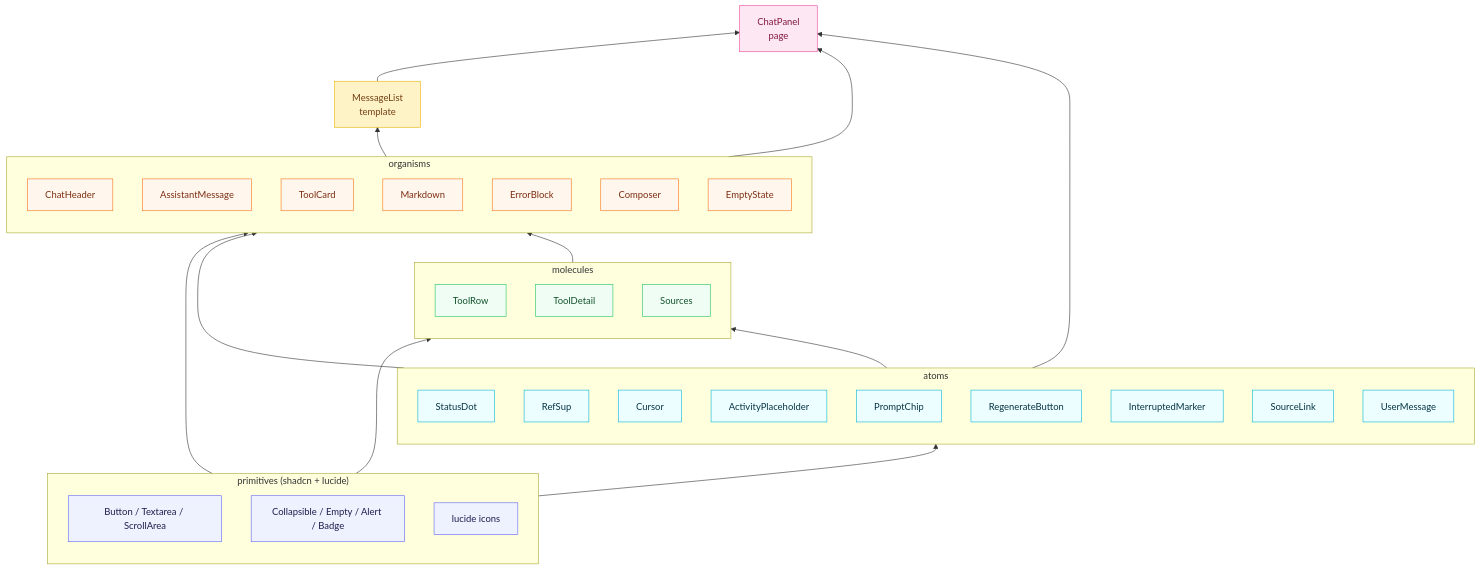
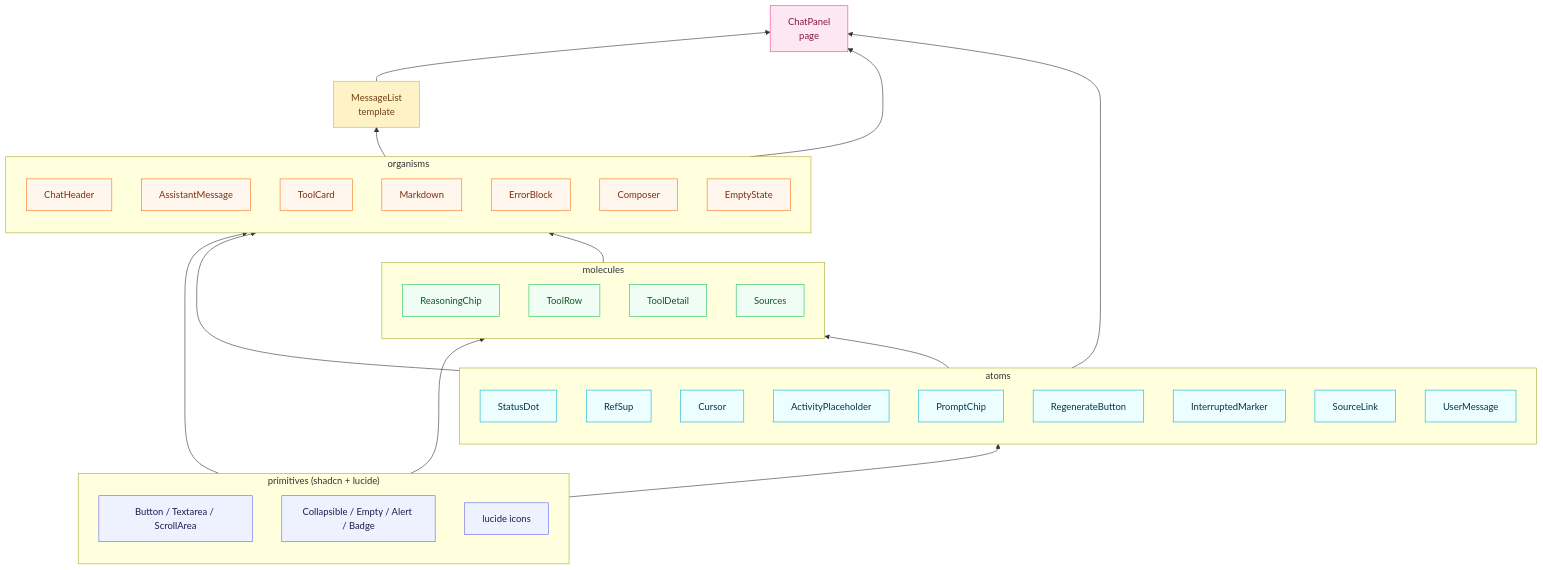
Before and after one commit to wei-yiting/fin-lab-x: the first of 4 diagrams in docs/frontend_chat_architecture.md, drawn with Mermaid. The commit also changed other lines of this file and 11 other files, not shown here.

First line of the commit message:
feat(frontend): reasoning chip component, derivation helpers and timing hook (dark)

````diff
--- a/docs/frontend_chat_architecture.md
+++ b/docs/frontend_chat_architecture.md
@@ -15,64 +15,65 @@
 ```mermaid
 flowchart BT
     subgraph primitives["primitives (shadcn + lucide)"]
         P1[Button / Textarea / ScrollArea]
         P2[Collapsible / Empty / Alert / Badge]
         P3[lucide icons]
     end
 
     subgraph atoms
         StatusDot
         RefSup
         Cursor
         ActivityPlaceholder
         PromptChip
         RegenerateButton
         InterruptedMarker
         SourceLink
         UserMessage
     end
 
     subgraph molecules
+        ReasoningChip
         ToolRow
         ToolDetail
         Sources
     end
 
     subgraph organisms
         ChatHeader
         AssistantMessage
         ToolCard
         Markdown
         ErrorBlock
         Composer
         EmptyState
     end
 
     MessageList[MessageList<br/>template]
     ChatPanel[ChatPanel<br/>page]
 
     primitives --> atoms
     primitives --> molecules
     primitives --> organisms
     atoms --> molecules
     atoms --> organisms
     molecules --> organisms
     organisms --> MessageList
     MessageList --> ChatPanel
     organisms --> ChatPanel
     atoms --> ChatPanel
 
     classDef primitiveCls fill:#eef2ff,stroke:#6366f1,color:#1e1b4b
     classDef atomCls fill:#ecfeff,stroke:#06b6d4,color:#083344
     classDef moleculeCls fill:#f0fdf4,stroke:#22c55e,color:#14532d
     classDef organismCls fill:#fff7ed,stroke:#f97316,color:#7c2d12
     classDef templateCls fill:#fef3c7,stroke:#eab308,color:#713f12
     classDef pageCls fill:#fce7f3,stroke:#ec4899,color:#831843
 
     class P1,P2,P3 primitiveCls
     class StatusDot,RefSup,Cursor,ActivityPlaceholder,PromptChip,RegenerateButton,InterruptedMarker,SourceLink,UserMessage atomCls
-    class ToolRow,ToolDetail,Sources moleculeCls
+    class ReasoningChip,ToolRow,ToolDetail,Sources moleculeCls
     class ChatHeader,AssistantMessage,ToolCard,Markdown,ErrorBlock,Composer,EmptyState organismCls
     class MessageList templateCls
     class ChatPanel pageCls
 ```
````
